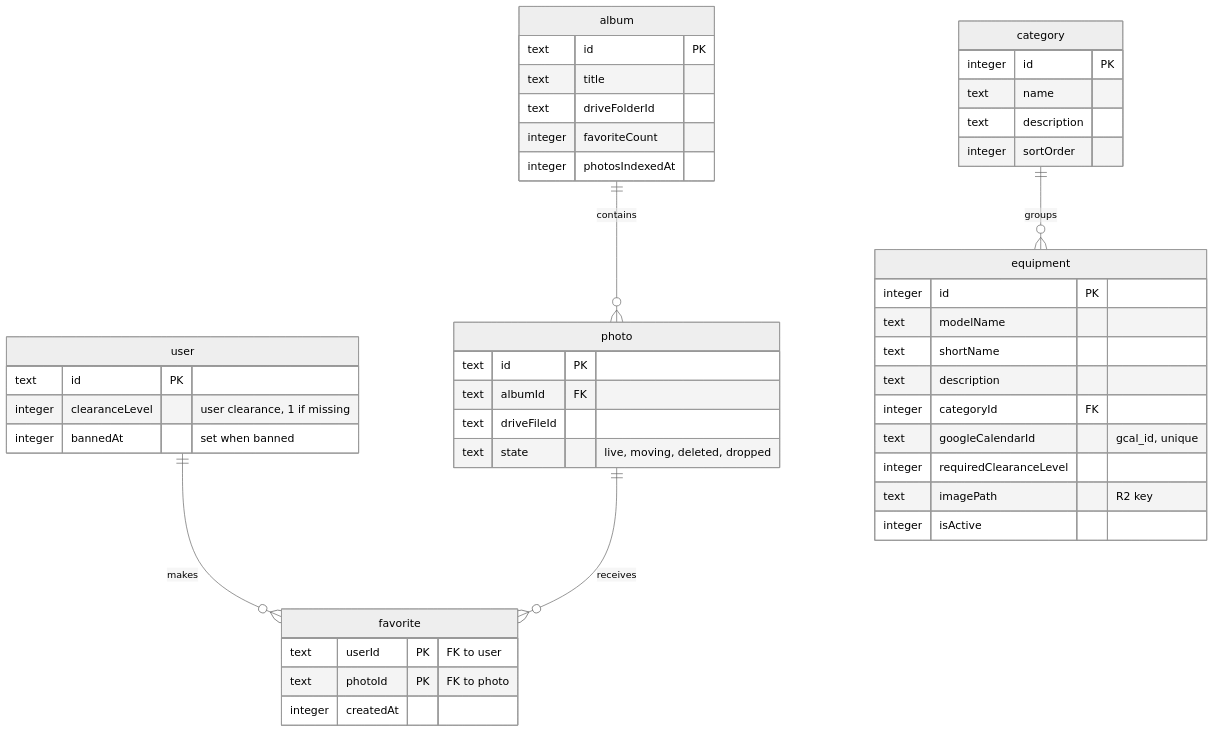
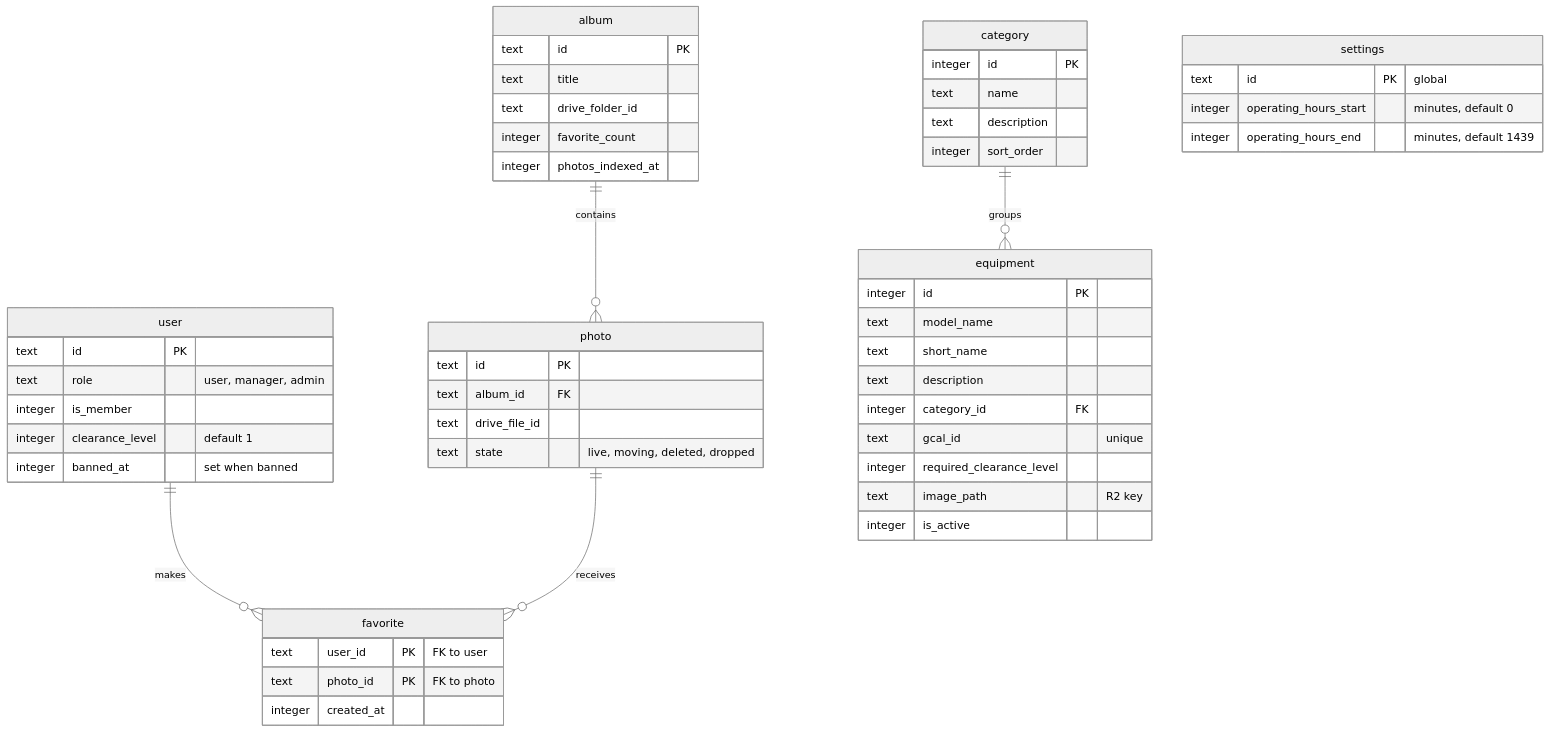
The diagram in docs/scenarios/equipment/erd.md (sagyzdop/meriksirat), drawn with Mermaid (neutral theme) before and after one commit. The commit also changed other lines of this file and 10 other files, not shown here.

Commit message:
docs(scenarios): verify equipment diagrams against the code

````diff
--- a/docs/scenarios/equipment/erd.md
+++ b/docs/scenarios/equipment/erd.md
@@ -22,47 +26,54 @@
 ```mermaid
 erDiagram
     user ||--o{ favorite : makes
     photo ||--o{ favorite : receives
     album ||--o{ photo : contains
     category ||--o{ equipment : groups
     user {
         text id PK
-        integer clearanceLevel "user clearance, 1 if missing"
-        integer bannedAt "set when banned"
+        text role "user, manager, admin"
+        integer is_member
+        integer clearance_level "default 1"
+        integer banned_at "set when banned"
     }
     category {
         integer id PK
         text name
         text description
-        integer sortOrder
+        integer sort_order
     }
     equipment {
         integer id PK
-        text modelName
-        text shortName
+        text model_name
+        text short_name
         text description
-        integer categoryId FK
-        text googleCalendarId "gcal_id, unique"
-        integer requiredClearanceLevel
-        text imagePath "R2 key"
-        integer isActive
+        integer category_id FK
+        text gcal_id "unique"
+        integer required_clearance_level
+        text image_path "R2 key"
+        integer is_active
+    }
+    settings {
+        text id PK "global"
+        integer operating_hours_start "minutes, default 0"
+        integer operating_hours_end "minutes, default 1439"
     }
     album {
         text id PK
         text title
-        text driveFolderId
-        integer favoriteCount
-        integer photosIndexedAt
+        text drive_folder_id
+        integer favorite_count
+        integer photos_indexed_at
     }
     photo {
         text id PK
-        text albumId FK
-        text driveFileId
+        text album_id FK
+        text drive_file_id
         text state "live, moving, deleted, dropped"
     }
     favorite {
-        text userId PK "FK to user"
-        text photoId PK "FK to photo"
-        integer createdAt
+        text user_id PK "FK to user"
+        text photo_id PK "FK to photo"
+        integer created_at
     }
 ```
````
